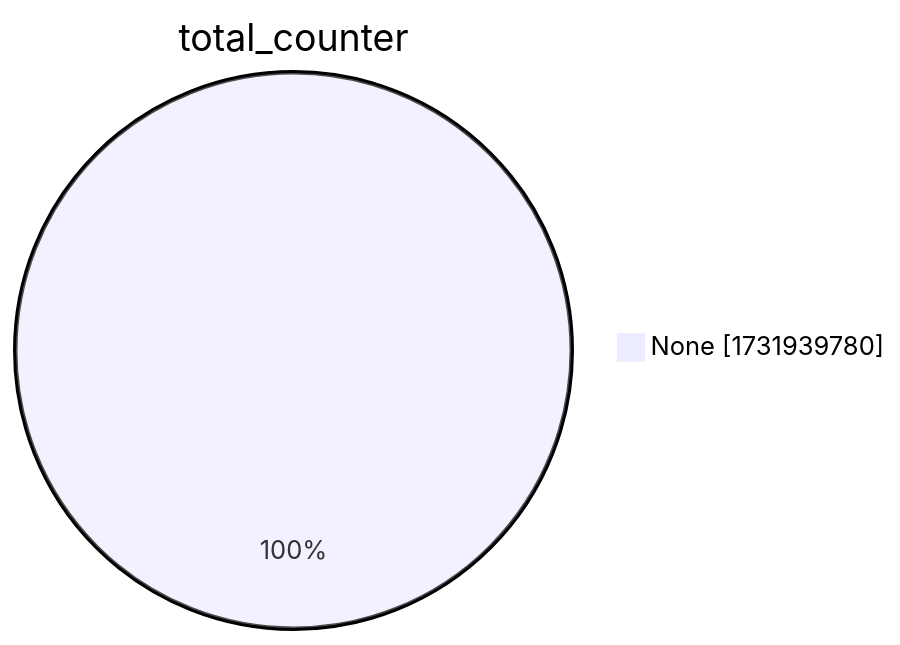
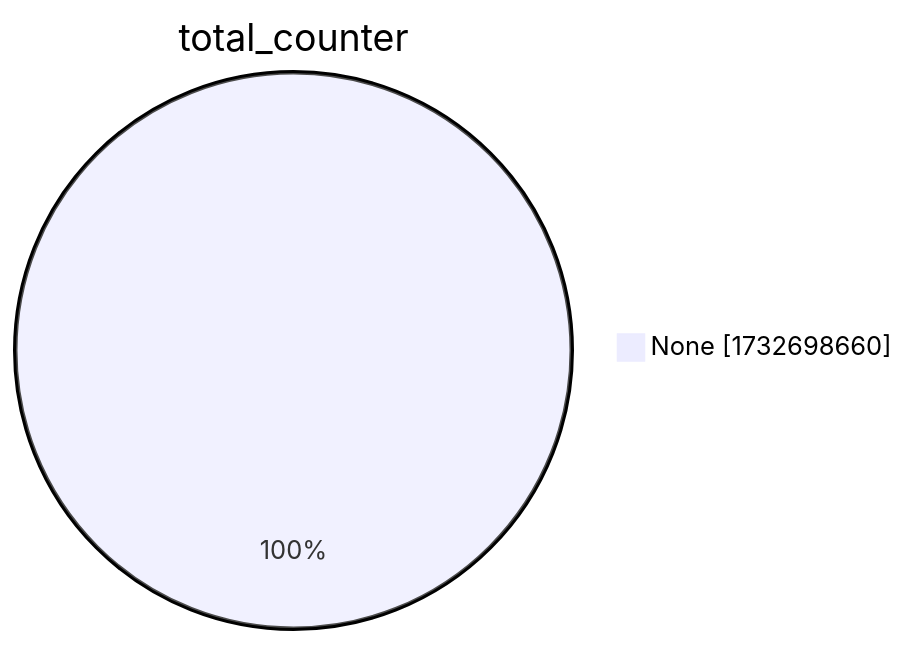
One commit to christiankrug/ctmonitor_visualization changed the second of 15 diagrams in xenon2022/README.md. Above: the diagram before and after it, drawn with Mermaid. The commit also changed other lines of this file, not shown here.

````diff
--- a/xenon2022/README.md
+++ b/xenon2022/README.md
@@ -9,5 +9,5 @@
 ```mermaid
 pie showData
 title total_counter
-"None" :1731939780
+"None" :1732698660
 ```
````
